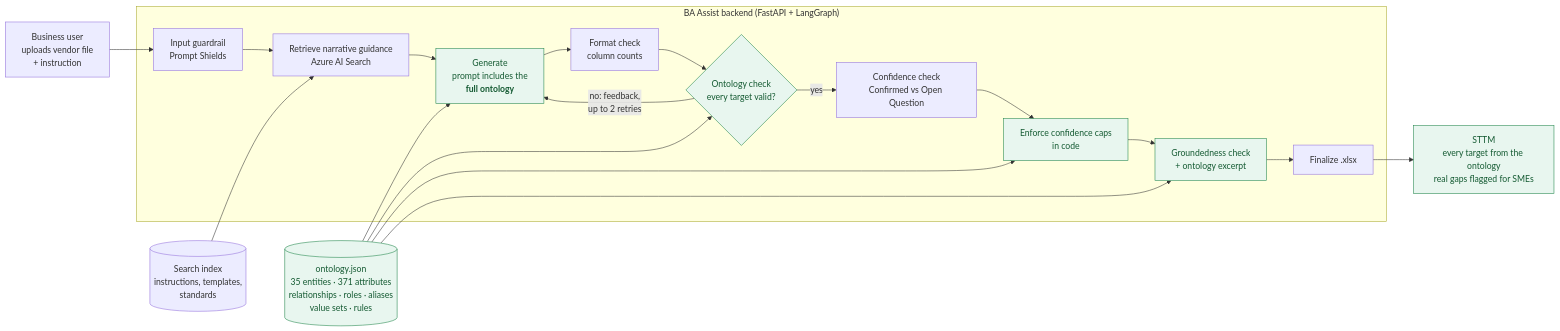
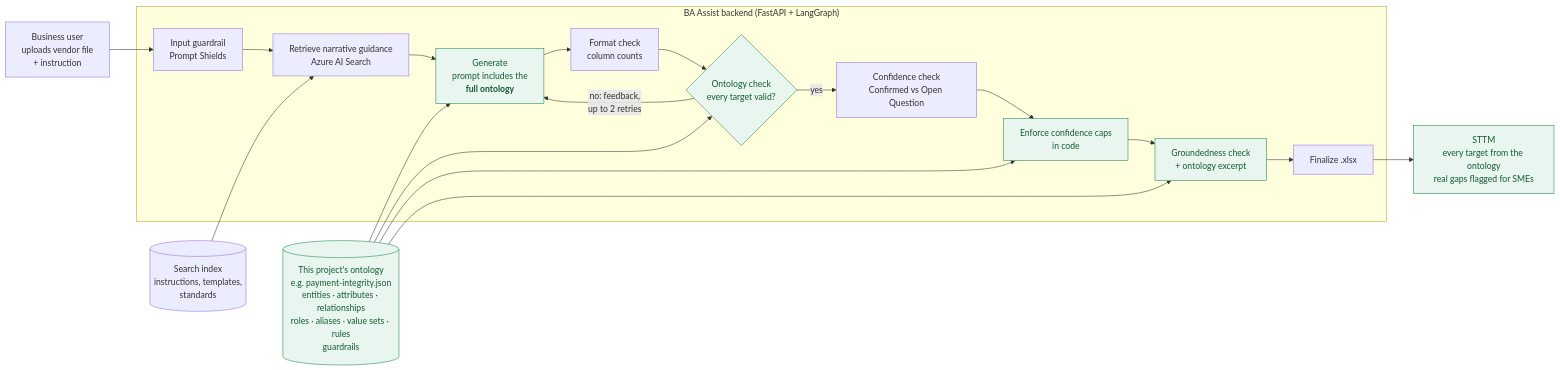
The fifth of 9 diagrams in ontology.md (oterademoacrisure/P_Backend_FastAPI_Azure), drawn with Mermaid before and after one commit. The commit also changed other lines of this file, not shown here.

````diff
--- a/ontology.md
+++ b/ontology.md
@@ -165,33 +343,33 @@
 ```mermaid
 flowchart LR
     U["Business user<br/>uploads vendor file<br/>+ instruction"]
-    ONT[("ontology.json<br/>35 entities · 371 attributes<br/>relationships · roles · aliases<br/>value sets · rules")]
+    ONT[("This project's ontology<br/>e.g. payment-integrity.json<br/>entities · attributes · relationships<br/>roles · aliases · value sets · rules<br/>guardrails")]
 
     subgraph API["BA Assist backend (FastAPI + LangGraph)"]
         G["Input guardrail<br/>Prompt Shields"]
         R["Retrieve narrative guidance<br/>Azure AI Search"]
         GEN["Generate<br/>prompt includes the<br/><b>full ontology</b>"]
         FMT["Format check<br/>column counts"]
         V{"Ontology check<br/>every target valid?"}
         CC["Confidence check<br/>Confirmed vs Open Question"]
         EN["Enforce confidence caps<br/>in code"]
         GC["Groundedness check<br/>+ ontology excerpt"]
         F["Finalize .xlsx"]
     end
 
     S[("Search index<br/>instructions, templates,<br/>standards")]
     O["STTM<br/>every target from the ontology<br/>real gaps flagged for SMEs"]
 
     U --> G --> R --> GEN --> FMT --> V
     V -- "yes" --> CC
     V -- "no: feedback,<br/>up to 2 retries" --> GEN
     CC --> EN --> GC --> F --> O
     S --> R
     ONT --> GEN
     ONT --> V
     ONT --> EN
     ONT --> GC
 
     classDef new fill:#e8f6ef,stroke:#1e8449,color:#145a32;
     class ONT,GEN,V,EN,GC,O new;
 ```
````
